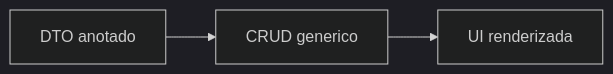
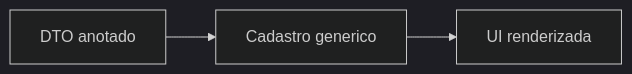
One commit to codexrodrigues/praxis-metadata-starter changed the first of 7 diagrams in docs/guides/GUIA-05-DO-CRUD-AO-CONTRATO-SEMANTICO.md. Above: the diagram before and after it, drawn with Mermaid (dark theme). The commit also changed other lines of this file and 48 other files, not shown here.

````diff
--- a/docs/guides/GUIA-05-DO-CRUD-AO-CONTRATO-SEMANTICO.md
+++ b/docs/guides/GUIA-05-DO-CRUD-AO-CONTRATO-SEMANTICO.md
@@ -23,5 +23,5 @@
 ```mermaid
 flowchart LR
-    dto["DTO anotado"] --> crud["CRUD generico"]
+    dto["DTO anotado"] --> crud["Cadastro generico"]
     crud --> ui["UI renderizada"]
 ```
````
